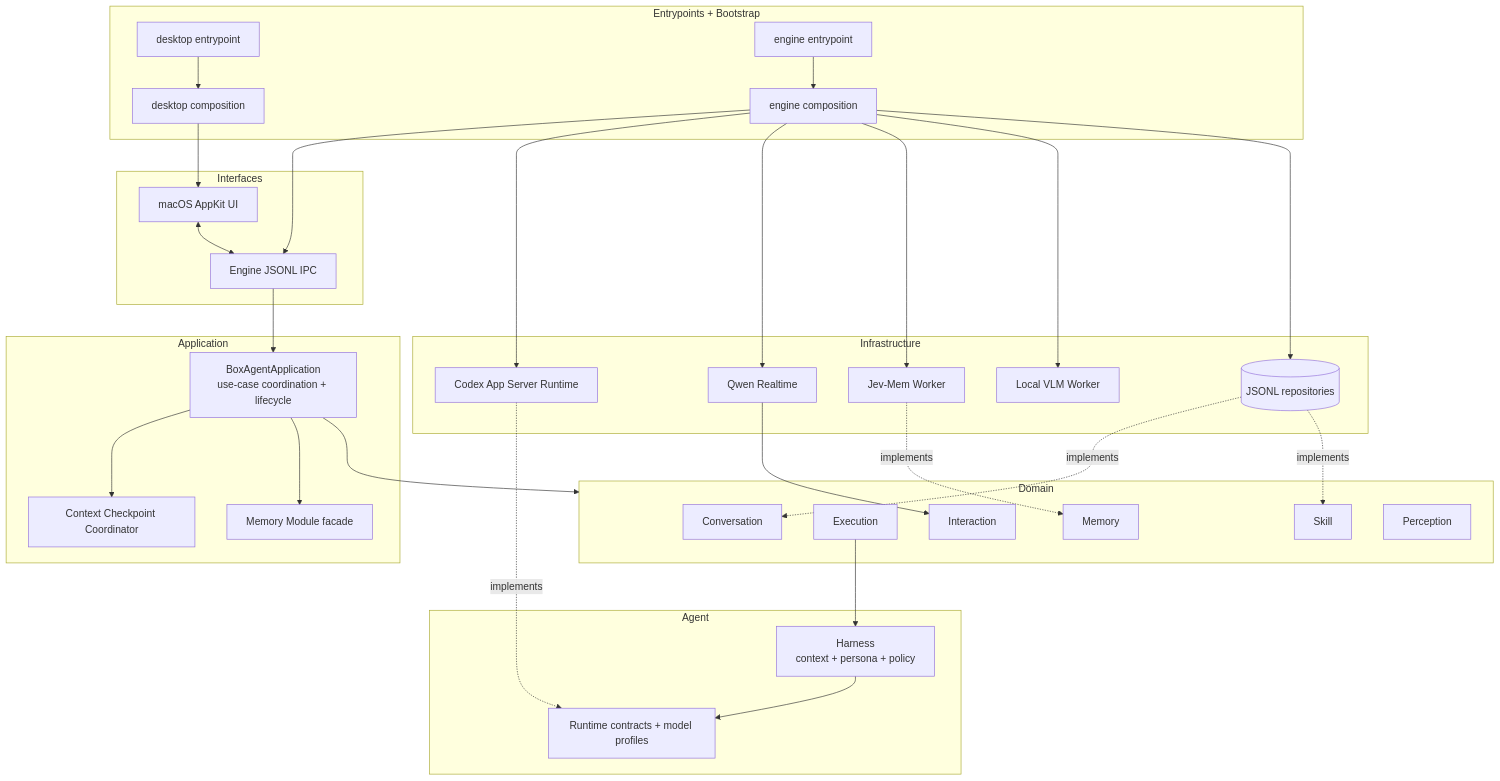
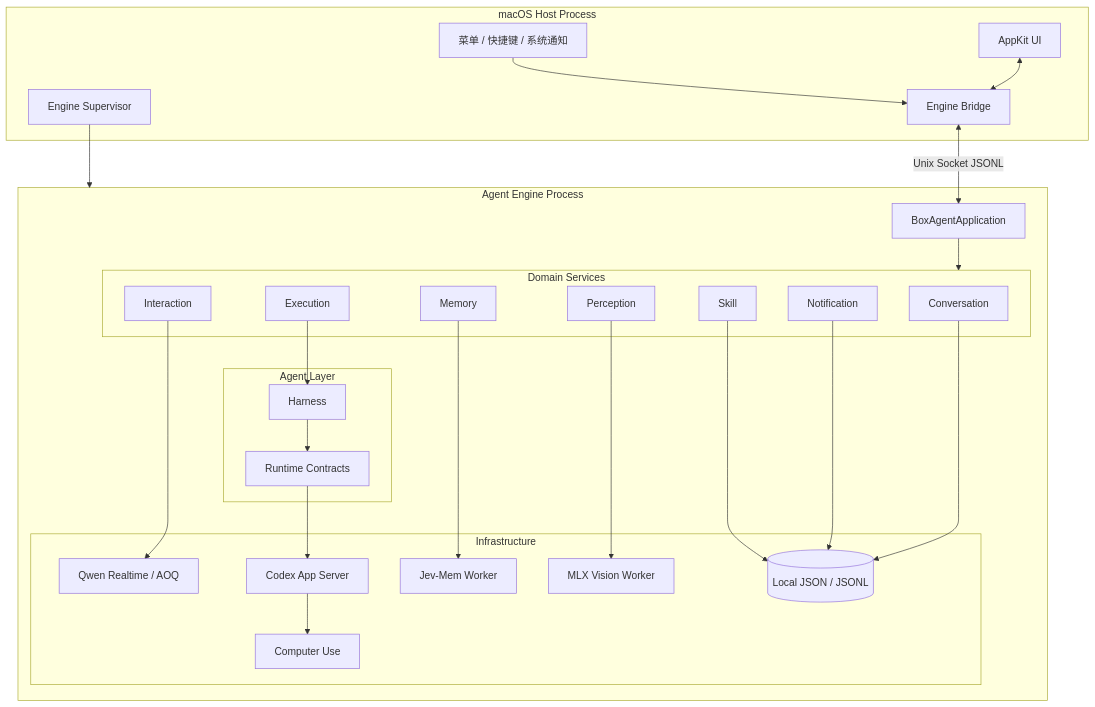
Before and after one commit to kono-dada/BoxAgent: the first of 3 diagrams in docs/BoxAgent-架构重构方案.md, drawn with Mermaid. The commit also changed other lines of this file and 2 other files, not shown here.

Commit message:
docs: rewrite current architecture guides

````diff
--- a/docs/BoxAgent-架构重构方案.md
+++ b/docs/BoxAgent-架构重构方案.md
@@ -118,61 +61,51 @@
 ```mermaid
 flowchart TB
-    subgraph ENTRY[Entrypoints + Bootstrap]
-        DESKTOP_ENTRY[desktop entrypoint]
-        ENGINE_ENTRY[engine entrypoint]
-        DESKTOP_BOOT[desktop composition]
-        ENGINE_BOOT[engine composition]
+    subgraph HOST[macOS Host Process]
+        UI[AppKit UI]
+        MENU[菜单 / 快捷键 / 系统通知]
+        BRIDGE[Engine Bridge]
+        SUP[Engine Supervisor]
     end
 
-    subgraph INTERFACES[Interfaces]
-        MACOS[macOS AppKit UI]
-        IPC[Engine JSONL IPC]
+    subgraph ENGINE[Agent Engine Process]
+        APP[BoxAgentApplication]
+
+        subgraph DOMAIN[Domain Services]
+            CONV[Conversation]
+            INTERACTION[Interaction]
+            EXEC[Execution]
+            MEMORY[Memory]
+            NOTIFY[Notification]
+            SKILL[Skill]
+            PERCEPTION[Perception]
+        end
+
+        subgraph AGENT[Agent Layer]
+            HARNESS[Harness]
+            PORTS[Runtime Contracts]
+        end
+
+        subgraph INFRA[Infrastructure]
+            QWEN[Qwen Realtime / AOQ]
+            CODEX[Codex App Server]
+            CU[Computer Use]
+            JEV[Jev-Mem Worker]
+            VLM[MLX Vision Worker]
+            JSONL[(Local JSON / JSONL)]
+        end
     end
 
-    subgraph APP[Application]
-        ASSISTANT[BoxAgentApplication<br/>use-case coordination + lifecycle]
-        CHECKPOINT[Context Checkpoint Coordinator]
-        MEMORYAPP[Memory Module facade]
-    end
+    UI <--> BRIDGE
+    MENU --> BRIDGE
+    BRIDGE <--> |Unix Socket JSONL| APP
+    SUP --> ENGINE
 
-    subgraph DOMAIN[Domain]
-        CONV[Conversation]
-        EXEC[Execution]
-        INTERACT[Interaction]
-        MEM[Memory]
-        SKILL[Skill]
-        PERCEPTION[Perception]
-    end
-
-    subgraph AGENT[Agent]
-        HARNESS[Harness<br/>context + persona + policy]
-        PORT[Runtime contracts + model profiles]
-    end
-
-    subgraph INFRA[Infrastructure]
-        CODEX[Codex App Server Runtime]
-        QWEN[Qwen Realtime]
-        JMEM[Jev-Mem Worker]
-        VLM[Local VLM Worker]
-        STORE[(JSONL repositories)]
-    end
-
-    DESKTOP_ENTRY --> DESKTOP_BOOT --> MACOS
-    ENGINE_ENTRY --> ENGINE_BOOT --> IPC
-    MACOS <--> IPC
-    IPC --> ASSISTANT
-    ASSISTANT --> CHECKPOINT
-    ASSISTANT --> MEMORYAPP
-    ASSISTANT --> DOMAIN
-    EXEC --> HARNESS --> PORT
-    ENGINE_BOOT --> CODEX
-    ENGINE_BOOT --> QWEN
-    ENGINE_BOOT --> JMEM
-    ENGINE_BOOT --> VLM
-    ENGINE_BOOT --> STORE
-    CODEX -. implements .-> PORT
-    QWEN --> INTERACT
-    JMEM -. implements .-> MEM
-    STORE -. implements .-> CONV
-    STORE -. implements .-> SKILL
+    APP --> DOMAIN
+    INTERACTION --> QWEN
+    EXEC --> HARNESS --> PORTS --> CODEX --> CU
+    MEMORY --> JEV
+    CONV --> JSONL
+    NOTIFY --> JSONL
+    SKILL --> JSONL
+    PERCEPTION --> VLM
 ```
````
